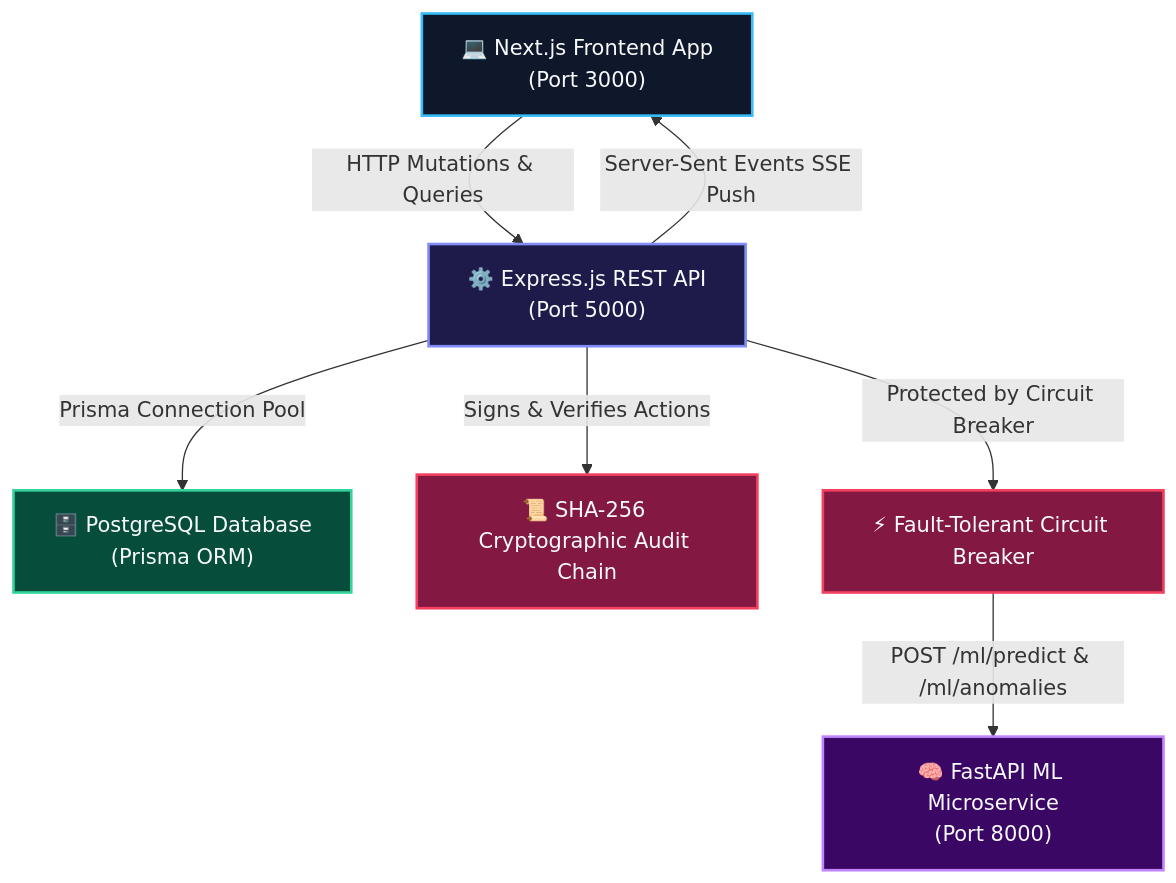
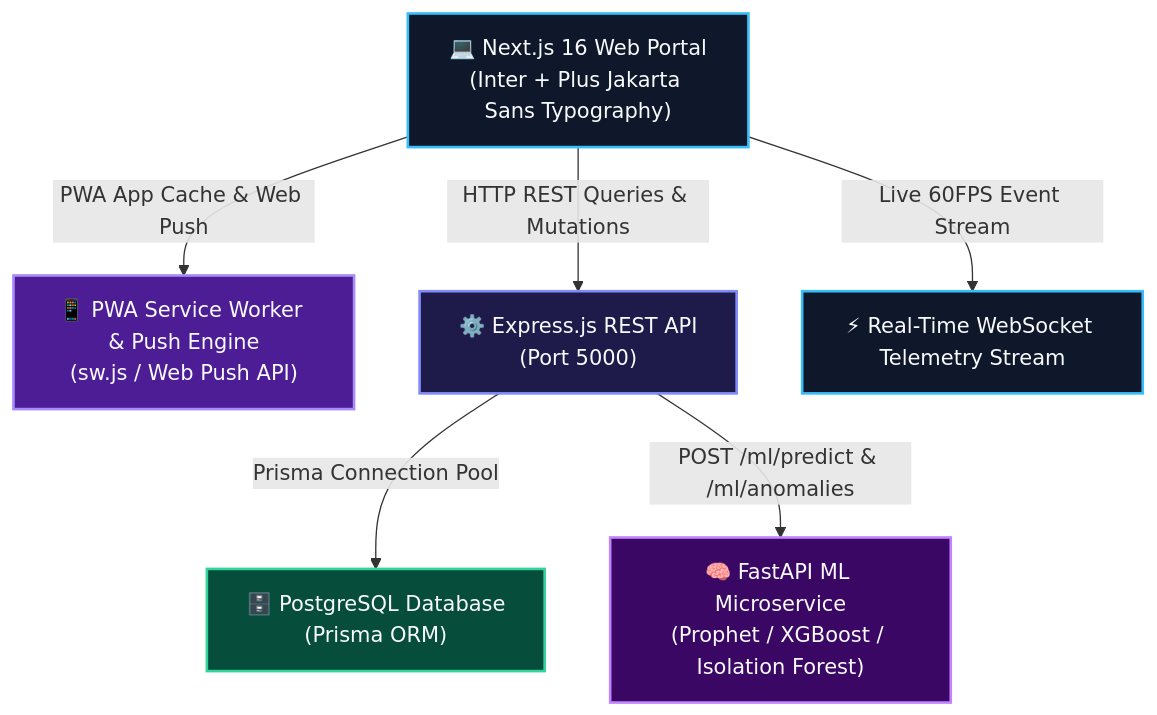
One commit to Chandana-Projects/FranchiseManagementSystem-Infosys changed the diagram in README.md. Above: the diagram before and after it, drawn with Mermaid. The commit also changed other lines of this file, not shown here.

````diff
--- a/README.md
+++ b/README.md
@@ -17,25 +21,24 @@
 ```mermaid
 graph TD
     %% Styling
     classDef client fill:#0f172a,stroke:#38bdf8,stroke-width:2px,color:#f8fafc;
     classDef api fill:#1e1b4b,stroke:#818cf8,stroke-width:2px,color:#f8fafc;
     classDef ml fill:#3b0764,stroke:#c084fc,stroke-width:2px,color:#f8fafc;
     classDef db fill:#064e3b,stroke:#34d399,stroke-width:2px,color:#f8fafc;
-    classDef sec fill:#831843,stroke:#f43f5e,stroke-width:2px,color:#f8fafc;
+    classDef pwa fill:#4c1d95,stroke:#a78bfa,stroke-width:2px,color:#f8fafc;
 
     %% Nodes
-    Client["💻 Next.js Frontend App<br/>(Port 3000)"]:::client
+    Client["💻 Next.js 16 Web Portal<br/>(Inter + Plus Jakarta Sans Typography)"]:::client
+    PWA["📱 PWA Service Worker & Push Engine<br/>(sw.js / Web Push API)"]:::pwa
     Express["⚙️ Express.js REST API<br/>(Port 5000)"]:::api
-    FastAPI["🧠 FastAPI ML Microservice<br/>(Port 8000)"]:::ml
+    FastAPI["🧠 FastAPI ML Microservice<br/>(Prophet / XGBoost / Isolation Forest)"]:::ml
     Postgres["🗄️ PostgreSQL Database<br/>(Prisma ORM)"]:::db
-    Audit["📜 SHA-256 Cryptographic Audit Chain"]:::sec
-    Breaker["⚡ Fault-Tolerant Circuit Breaker"]:::sec
+    SSE["⚡ Real-Time WebSocket Telemetry Stream"]:::client
 
     %% Connections
-    Client -->|HTTP Mutations & Queries| Express
-    Express -->|Server-Sent Events SSE Push| Client
+    Client -->|PWA App Cache & Web Push| PWA
+    Client -->|HTTP REST Queries & Mutations| Express
+    Client -->|Live 60FPS Event Stream| SSE
     Express -->|Prisma Connection Pool| Postgres
-    Express -->|Protected by Circuit Breaker| Breaker
-    Breaker -->|POST /ml/predict & /ml/anomalies| FastAPI
-    Express -->|Signs & Verifies Actions| Audit
+    Express -->|POST /ml/predict & /ml/anomalies| FastAPI
 ```
````
